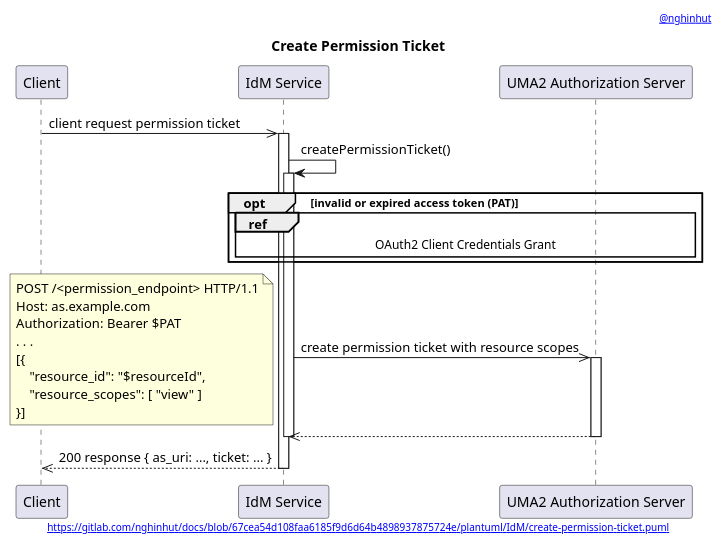
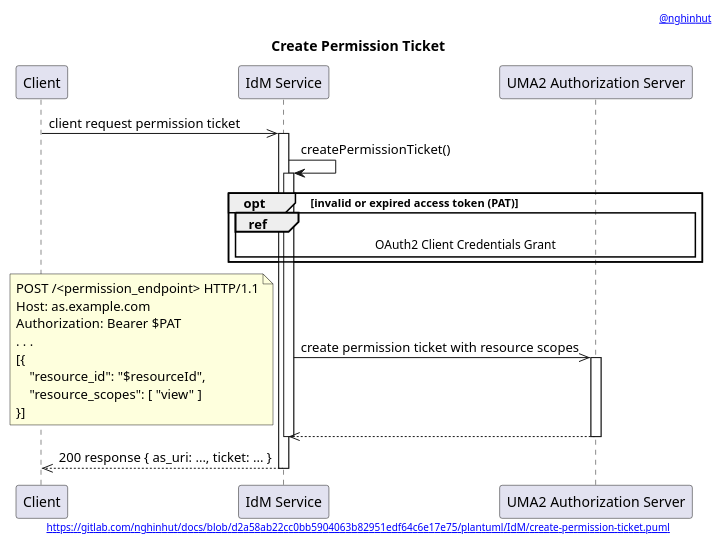
The diagram in plantuml/IdM/create-permission-ticket.function.puml (nghinhut/docs), drawn with PlantUML before and after one commit. The commit also changed 24 other files, not shown here.

Commit message:
docs(plantuml): update headers

```diff
--- a/plantuml/IdM/create-permission-ticket.function.puml
+++ b/plantuml/IdM/create-permission-ticket.function.puml
@@ -1,39 +1,39 @@
 @startuml
 '-----START auto generated metadata please keep comment here to allow auto update-----
 '-----DON'T EDIT THIS SECTION, INSTEAD RE-RUN prebuild.sh TO UPDATE-----
-header [[https://www.nghinhut.dev?from=http%5C%3A%5C%2F%5C%2Fwww%5C.plantuml%5C.com%5C%2Fplantuml%5C%2Fproxy%3Ffmt%3Dsvg%5C%26src%3Dhttps%5C%3A%5C%2F%5C%2Fgitlab%5C.com%5C%2Fnghinhut%5C%2Fdocs%5C%2Fraw%5C%2F67cea54d108faa6185f9d6d64b4898937875724e%5C%2Fplantuml%5C%2FIdM%5C%2Fcreate-permission-ticket%5C.puml%0A @nghinhut]]
-footer [[http://www.plantuml.com/plantuml/proxy?fmt=svg&src=https://gitlab.com/nghinhut/docs/raw/67cea54d108faa6185f9d6d64b4898937875724e/plantuml/IdM/create-permission-ticket.puml https://gitlab.com/nghinhut/docs/blob/67cea54d108faa6185f9d6d64b4898937875724e/plantuml/IdM/create-permission-ticket.puml]]
+header [[https://www.nghinhut.dev?from=http%5C%3A%5C%2F%5C%2Fwww%5C.plantuml%5C.com%5C%2Fplantuml%5C%2Fproxy%3Ffmt%3Dsvg%5C%26src%3Dhttps%5C%3A%5C%2F%5C%2Fgitlab%5C.com%5C%2Fnghinhut%5C%2Fdocs%5C%2Fraw%5C%2Fd2a58ab22cc0bb5904063b82951edf64c6e17e75%5C%2Fplantuml%5C%2FIdM%5C%2Fcreate-permission-ticket%5C.puml%0A @nghinhut]]
+footer [[http://www.plantuml.com/plantuml/proxy?fmt=svg&src=https://gitlab.com/nghinhut/docs/raw/d2a58ab22cc0bb5904063b82951edf64c6e17e75/plantuml/IdM/create-permission-ticket.puml https://gitlab.com/nghinhut/docs/blob/d2a58ab22cc0bb5904063b82951edf64c6e17e75/plantuml/IdM/create-permission-ticket.puml]]
 '-----END auto generated metadata please keep comment here to allow auto update-----
 title Create Permission Ticket
 
 participant "Client" as client
 participant "IdM Service" as idm
 participant "UMA2 Authorization Server" as as
 
 client ->> idm : client request permission ticket
 activate idm
     idm -> idm : createPermissionTicket()
     activate idm
         opt invalid or expired access token (PAT)
             ref over idm, as
                 OAuth2 Client Credentials Grant
             end
         end
         idm ->> as : create permission ticket with resource scopes
         note left
             POST /<permission_endpoint> HTTP/1.1
             Host: as.example.com
             Authorization: Bearer $PAT
             . . .
             [{
                 "resource_id": "$resourceId",
                 "resource_scopes": [ "view" ]
             }]
         end note
         activate as
         idm <<-- as
         deactivate as
     deactivate idm
     client <<-- idm : 200 response { as_uri: ..., ticket: ... }
 deactivate idm
 @enduml
```
